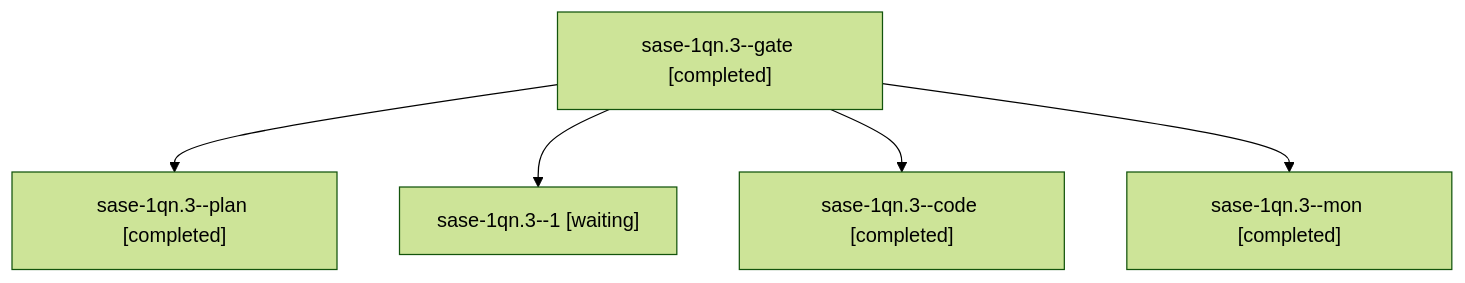
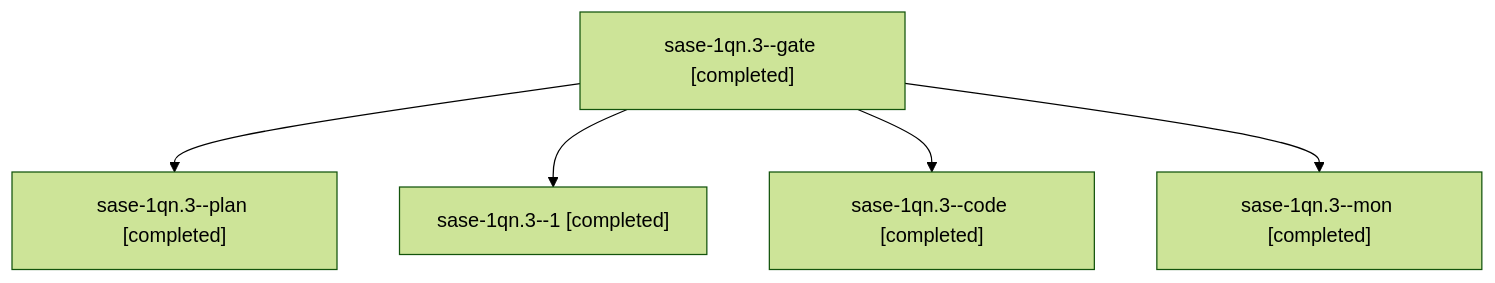
The diagram in sessions/bbugyi200.athena.sase-1qn.3.md (sase-org/sase--agents), drawn with Mermaid (forest theme) before and after one commit. The commit also changed other lines of this file and 24 other files, not shown here.

````diff
--- a/sessions/bbugyi200.athena.sase-1qn.3.md
+++ b/sessions/bbugyi200.athena.sase-1qn.3.md
@@ -9,12 +9,12 @@
 ```mermaid
 flowchart TD
   n0["sase-1qn.3--gate [completed]"]
   n1["sase-1qn.3--plan [completed]"]
   n0 --> n1
-  n2["sase-1qn.3--1 [waiting]"]
+  n2["sase-1qn.3--1 [completed]"]
   n0 --> n2
   n3["sase-1qn.3--code [completed]"]
   n0 --> n3
   n4["sase-1qn.3--mon [completed]"]
   n0 --> n4
 ```
````
